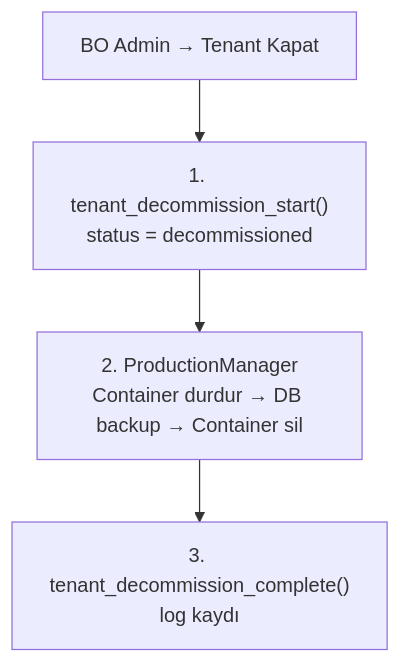
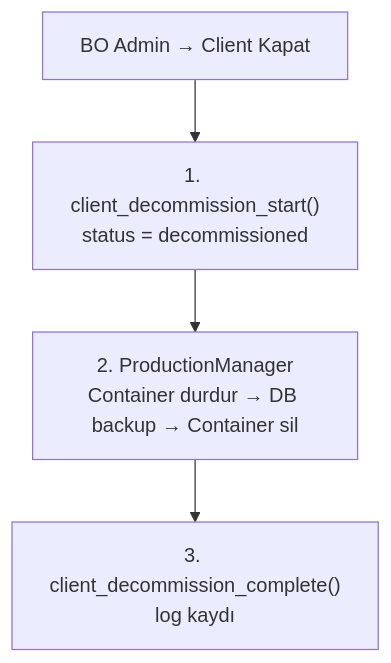
Before and after one commit to frhtshn/One.DB: the fourth of 4 diagrams in .docs/guides/PROVISIONING_GUIDE.md, drawn with Mermaid. The commit also changed other lines of this file and 442 other files, not shown here.

First line of the commit message:
Nucleo → Sortis One ve tenant → client içerik güncellemeleri

````diff
--- a/.docs/guides/PROVISIONING_GUIDE.md
+++ b/.docs/guides/PROVISIONING_GUIDE.md
@@ -184,7 +180,7 @@
 ```mermaid
 flowchart TD
-    BO["BO Admin → Tenant Kapat"] --> S1
-    S1["1. tenant_decommission_start()<br/>status = decommissioned"]
+    BO["BO Admin → Client Kapat"] --> S1
+    S1["1. client_decommission_start()<br/>status = decommissioned"]
     S1 --> S2["2. ProductionManager<br/>Container durdur → DB backup → Container sil"]
-    S2 --> S3["3. tenant_decommission_complete()<br/>log kaydı"]
+    S2 --> S3["3. client_decommission_complete()<br/>log kaydı"]
 ```
````
